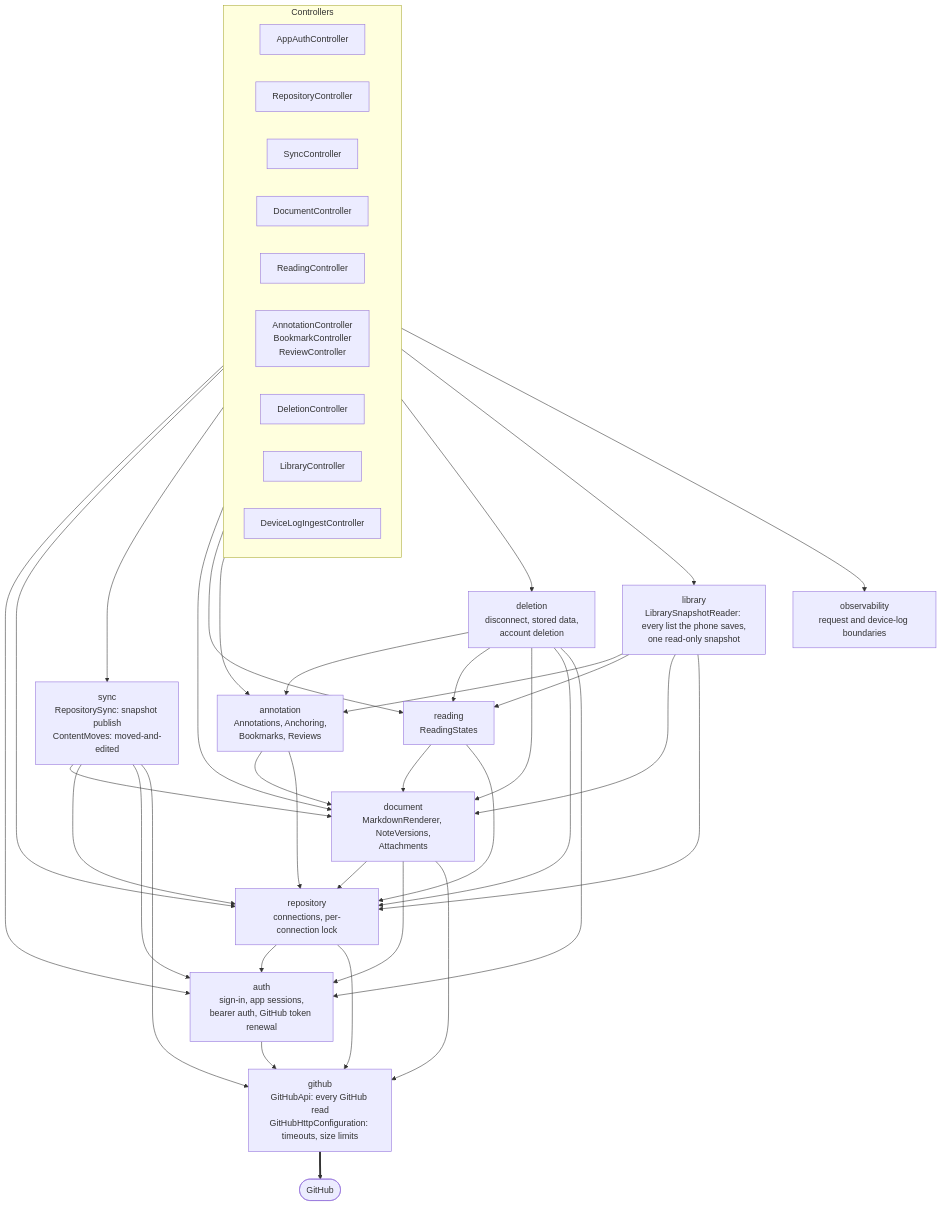
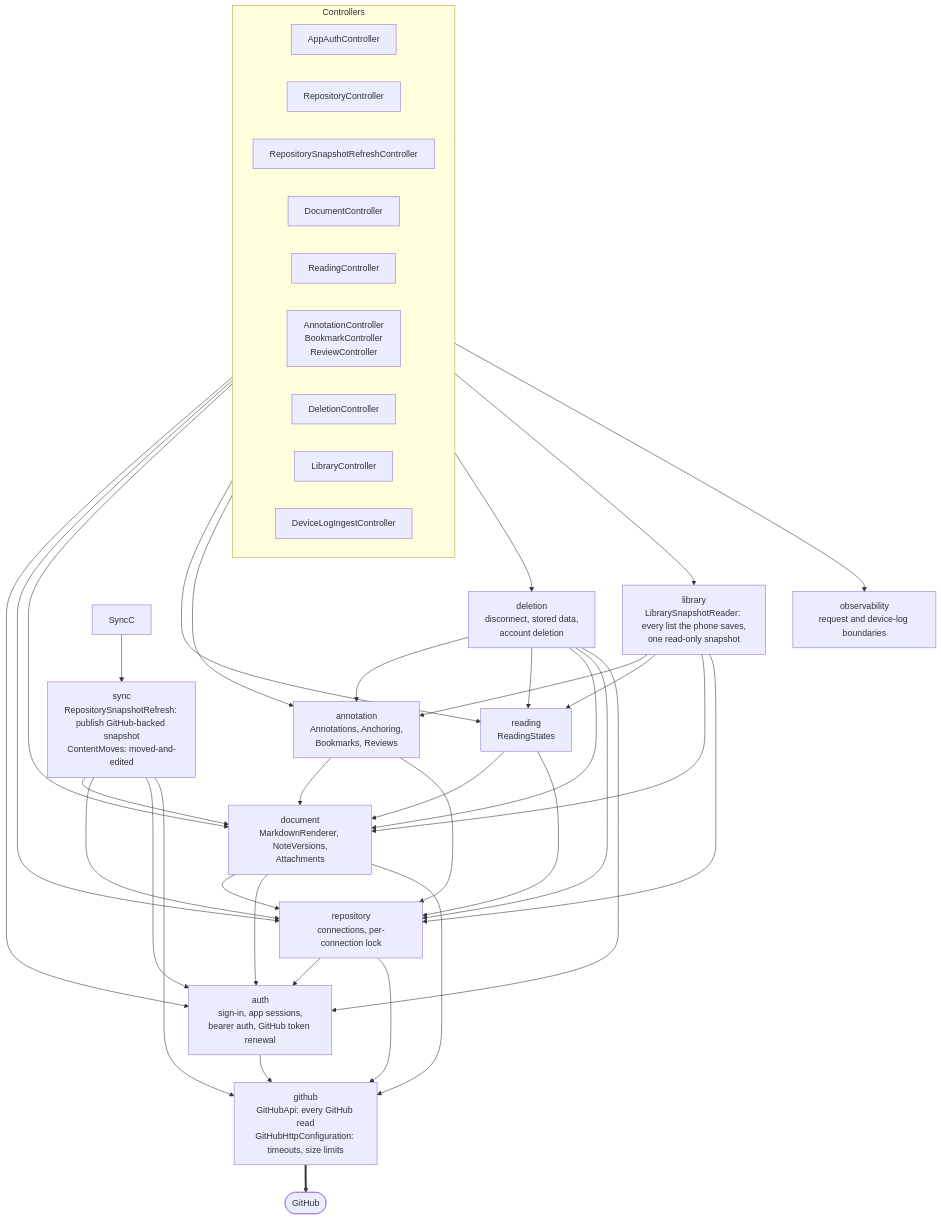
One commit to jaxwong/reporead changed the third of 12 diagrams in docs/architecture.md. Above: the diagram before and after it, drawn with Mermaid. The commit also changed other lines of this file and 6 other files, not shown here.

Commit message:
docs(sync): explain pending changes and repository refresh

````diff
--- a/docs/architecture.md
+++ b/docs/architecture.md
@@ -95,62 +95,62 @@
 ```mermaid
 flowchart TB
     subgraph HTTP["Controllers"]
         direction LR
         AuthC["AppAuthController"]
         RepoC["RepositoryController"]
-        SyncC["SyncController"]
+        SnapshotRefreshC["RepositorySnapshotRefreshController"]
         DocC["DocumentController"]
         ReadC["ReadingController"]
         AnnC["AnnotationController<br/>BookmarkController<br/>ReviewController"]
         DelC["DeletionController"]
         LibC["LibraryController"]
         LogC["DeviceLogIngestController"]
     end
 
     deletion["deletion<br/>disconnect, stored data,<br/>account deletion"]
     observability["observability<br/>request and device-log boundaries"]
     library["library<br/>LibrarySnapshotReader: every list the phone saves,<br/>one read-only snapshot"]
-    sync["sync<br/>RepositorySync: snapshot publish<br/>ContentMoves: moved-and-edited"]
+    sync["sync<br/>RepositorySnapshotRefresh: publish GitHub-backed snapshot<br/>ContentMoves: moved-and-edited"]
     annotation["annotation<br/>Annotations, Anchoring,<br/>Bookmarks, Reviews"]
     reading["reading<br/>ReadingStates"]
     document["document<br/>MarkdownRenderer, NoteVersions,<br/>Attachments"]
     repository["repository<br/>connections, per-connection lock"]
     auth["auth<br/>sign-in, app sessions,<br/>bearer auth, GitHub token renewal"]
     github["github<br/>GitHubApi: every GitHub read<br/>GitHubHttpConfiguration: timeouts, size limits"]
 
     AuthC --> auth
     RepoC --> repository
     SyncC --> sync
     DocC --> document
     ReadC --> reading
     AnnC --> annotation
     DelC --> deletion
     LibC --> library
     LogC --> observability
 
     deletion --> annotation
     deletion --> reading
     deletion --> document
     deletion --> repository
     deletion --> auth
     library --> annotation
     library --> reading
     library --> document
     library --> repository
     sync --> document
     sync --> repository
     sync --> auth
     sync --> github
     annotation --> document
     annotation --> repository
     reading --> document
     reading --> repository
     document --> repository
     document --> auth
     document --> github
     repository --> auth
     repository --> github
     auth --> github
 
     github ==> GH(["GitHub"])
 ```
````
